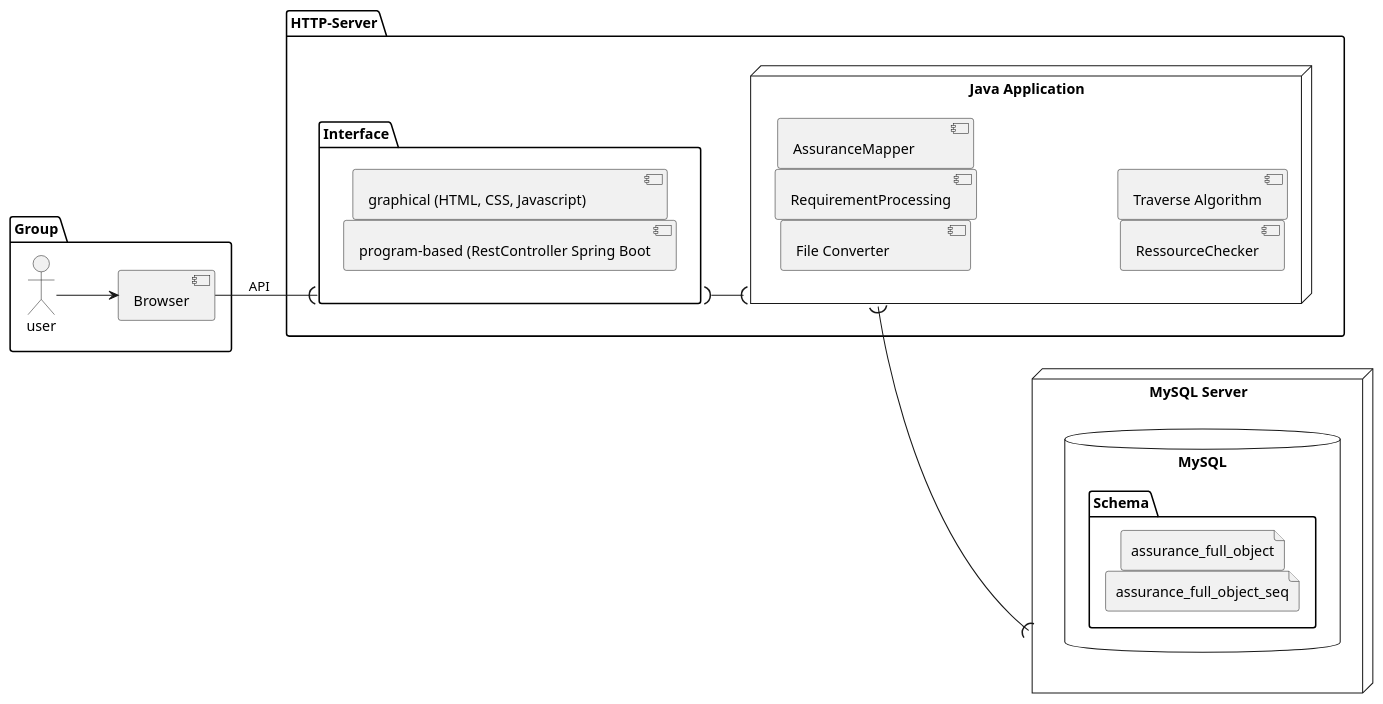
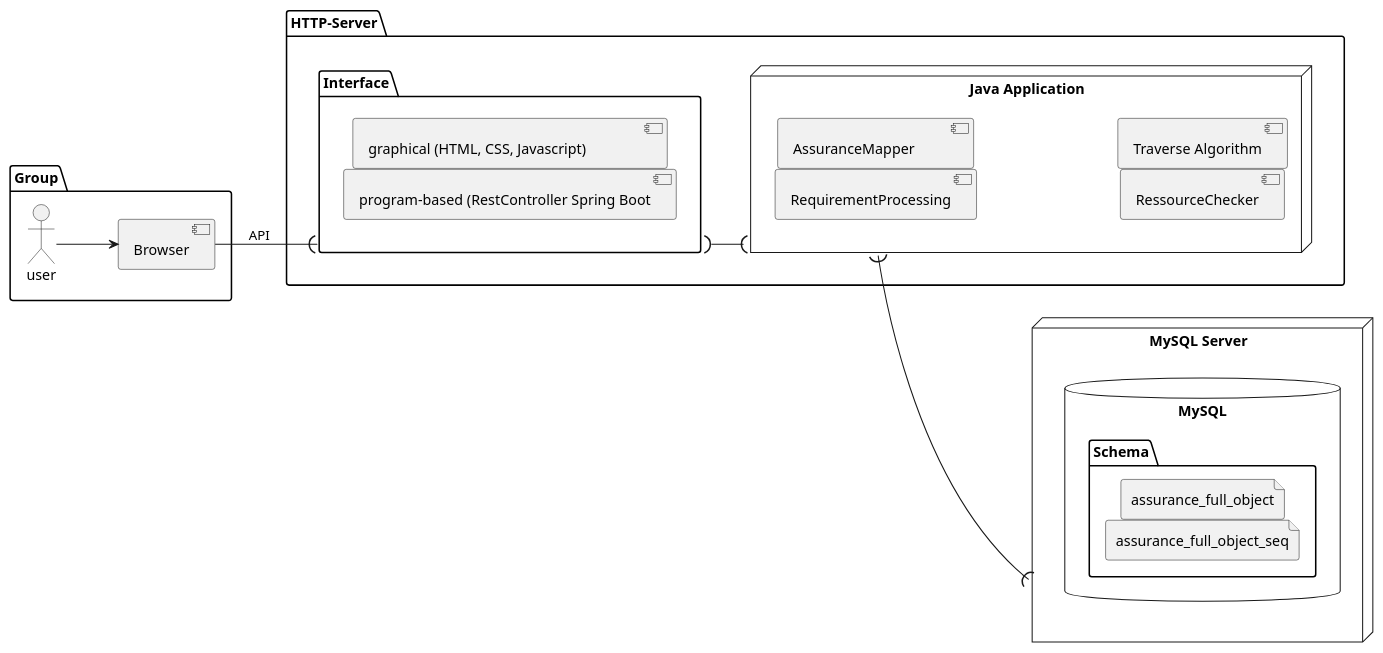
Before and after one commit to DoPusti/Masterproject4: the diagram in src/main/resources/PlantUML/ArchitectureWithTechnologies.puml, drawn with PlantUML. The commit also changed 11 other files, not shown here.

```diff
--- a/src/main/resources/PlantUML/ArchitectureWithTechnologies.puml
+++ b/src/main/resources/PlantUML/ArchitectureWithTechnologies.puml
@@ -1,43 +1,42 @@
 @startuml
 
 skinparam nodesep 1
 left to right direction
 package "Group" {
    actor user
    [Browser]
 }
 
 package "HTTP-Server" {
 package "Interface" {
     [graphical (HTML, CSS, Javascript)               ] as GUIComponent
     [program-based (RestController Spring Boot]
 }
 
 node "Java Application" {
-    [File Converter               ]
     [RequirementProcessing]
     [AssuranceMapper         ]
     [RessourceChecker]
     [Traverse Algorithm]
 }
 
 
 }
 
 node "MySQL Server" {
 database "MySQL" {
   folder "Schema" {
     file assurance_full_object
     file assurance_full_object_seq
   }
 
 }
 }
 
 
 user --> [Browser]
 [Browser] --(  "Interface" : API
 "Interface" )--( "Java Application"
 "Java Application" )--( "MySQL Server"
 
 @enduml
```
